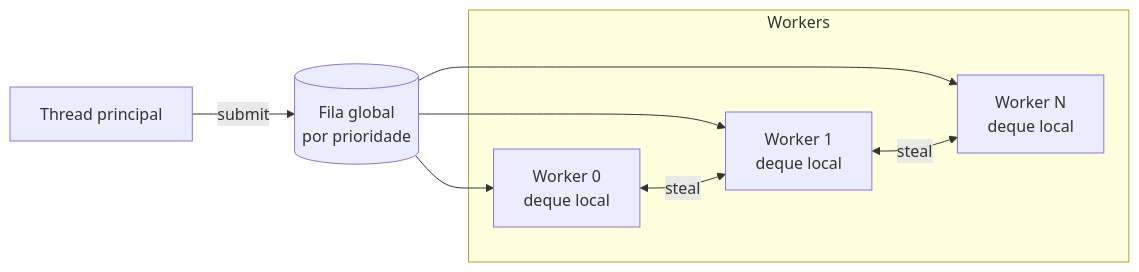
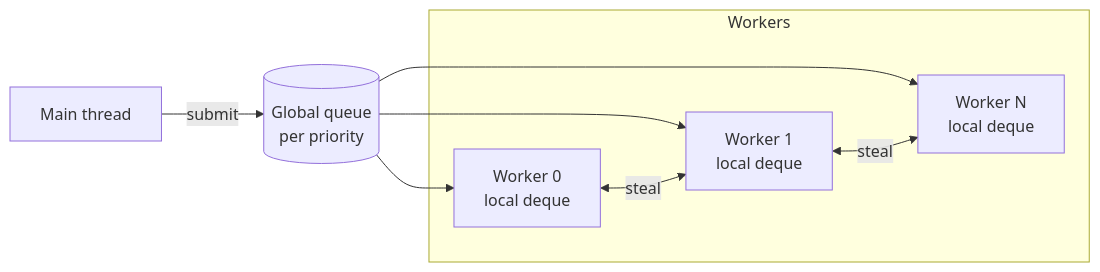
The diagram in docs/04-job-system.md (BRUN0R2/modern-client.v2), drawn with Mermaid before and after one commit. The commit also changed other lines of this file and 109 other files, not shown here.

````diff
--- a/docs/04-job-system.md
+++ b/docs/04-job-system.md
@@ -16,12 +16,12 @@
 ```mermaid
 flowchart LR
     subgraph Workers
-        W0[Worker 0<br/>deque local]
-        W1[Worker 1<br/>deque local]
-        Wn[Worker N<br/>deque local]
+        W0[Worker 0<br/>local deque]
+        W1[Worker 1<br/>local deque]
+        Wn[Worker N<br/>local deque]
     end
-    MAIN[Thread principal] -->|submit| GQ[(Fila global<br/>por prioridade)]
+    MAIN[Main thread] -->|submit| GQ[(Global queue<br/>per priority)]
     GQ --> W0 & W1 & Wn
     W0 <-->|steal| W1
     W1 <-->|steal| Wn
 ```
````
